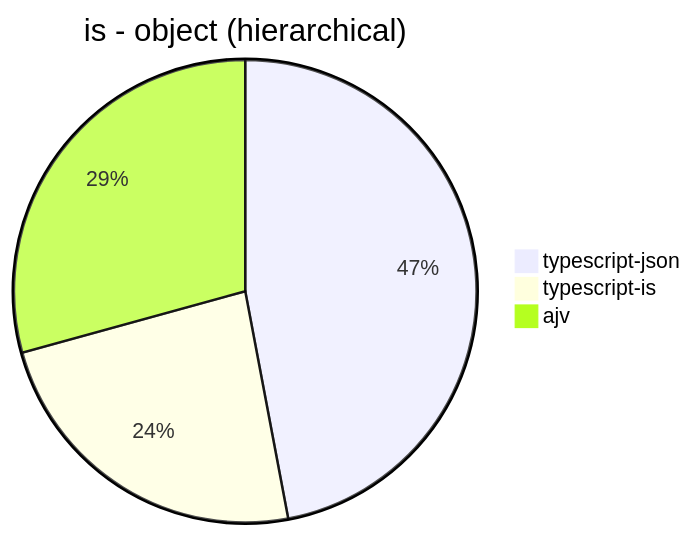
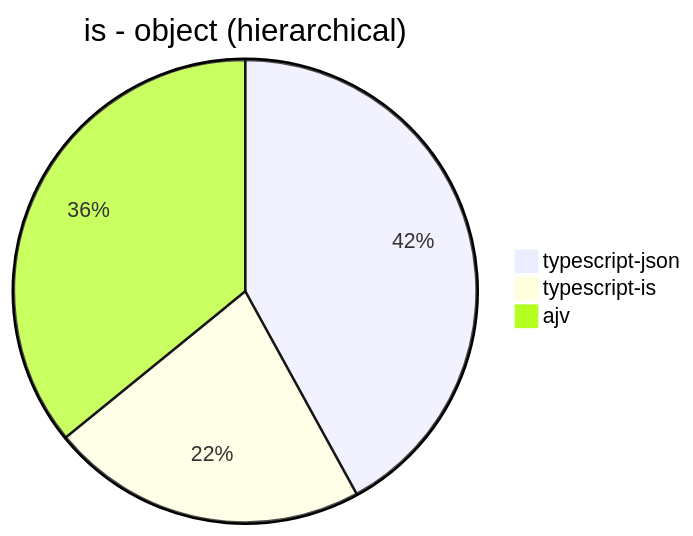
The seventh of 30 diagrams in benchmark/results/Apple M1 Pro.md (samchon/typia), drawn with Mermaid before and after one commit. The commit also changed other lines of this file, not shown here.

````diff
--- a/benchmark/results/Apple M1 Pro.md
+++ b/benchmark/results/Apple M1 Pro.md
@@ -76,6 +76,6 @@
 ```mermaid
 pie title is - object (hierarchical)
-  "typescript-json": 91116.31814787154
-  "typescript-is": 45918.477251624885
-  "ajv": 56724.981738495255
+  "typescript-json": 112855.90933621155
+  "typescript-is": 59421.48760330579
+  "ajv": 96401.78239881173
 ```
````
